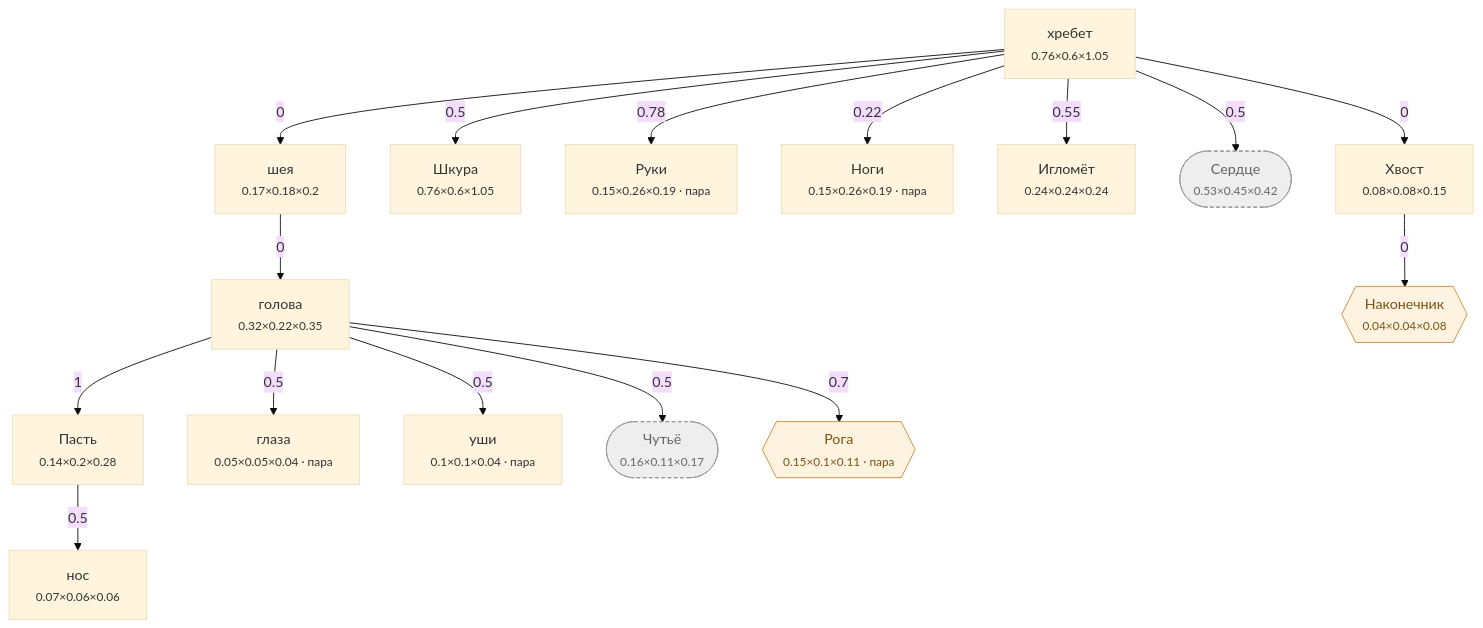
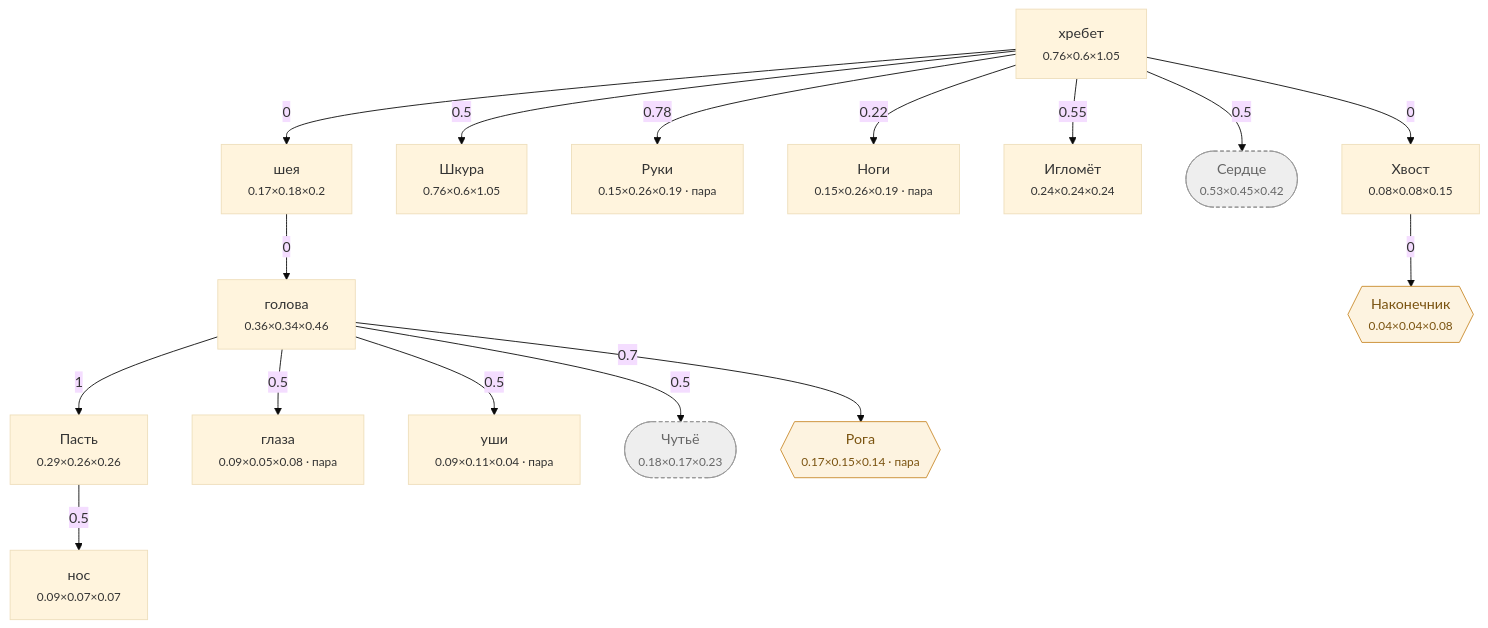
Before and after one commit to darklordshish/ChimeraEvolution-2026-06-26_15-29-59: the diagram in Docs/Диаграммы/Ёж.md, drawn with Mermaid (base theme). The commit also changed other lines of this file and 4 other files, not shown here.

````diff
--- a/Docs/Диаграммы/Ёж.md
+++ b/Docs/Диаграммы/Ёж.md
@@ -41,41 +43,41 @@
 ```mermaid
 flowchart TD
     n0["хребет<br/><small>0.76×0.6×1.05</small>"]
     n1["шея<br/><small>0.17×0.18×0.2</small>"]
-    n2["голова<br/><small>0.32×0.22×0.35</small>"]
-    n3["нос<br/><small>0.07×0.06×0.06</small>"]
-    n4["Пасть<br/><small>0.14×0.2×0.28</small>"]
-    n5["глаза<br/><small>0.05×0.05×0.04 · пара</small>"]
-    n6["уши<br/><small>0.1×0.1×0.04 · пара</small>"]
+    n2["голова<br/><small>0.36×0.34×0.46</small>"]
+    n3["нос<br/><small>0.09×0.07×0.07</small>"]
+    n4["Пасть<br/><small>0.29×0.26×0.26</small>"]
+    n5["глаза<br/><small>0.09×0.05×0.08 · пара</small>"]
+    n6["уши<br/><small>0.09×0.11×0.04 · пара</small>"]
     n7["Шкура<br/><small>0.76×0.6×1.05</small>"]
     n8["Руки<br/><small>0.15×0.26×0.19 · пара</small>"]
     n9["Ноги<br/><small>0.15×0.26×0.19 · пара</small>"]
     n10["Игломёт<br/><small>0.24×0.24×0.24</small>"]
     n11(["Сердце<br/><small>0.53×0.45×0.42</small>"])
-    n12(["Чутьё<br/><small>0.16×0.11×0.17</small>"])
+    n12(["Чутьё<br/><small>0.18×0.17×0.23</small>"])
     n13["Хвост<br/><small>0.08×0.08×0.15</small>"]
     n14{{"Наконечник<br/><small>0.04×0.04×0.08</small>"}}
-    n15{{"Рога<br/><small>0.15×0.1×0.11 · пара</small>"}}
+    n15{{"Рога<br/><small>0.17×0.15×0.14 · пара</small>"}}
 
     n0 -->|0| n1
     n1 -->|0| n2
     n4 -->|0.5| n3
     n2 -->|1| n4
     n2 -->|0.5| n5
     n2 -->|0.5| n6
     n0 -->|0.5| n7
     n0 -->|0.78| n8
     n0 -->|0.22| n9
     n0 -->|0.55| n10
     n0 -->|0.5| n11
     n2 -->|0.5| n12
     n0 -->|0| n13
     n13 -->|0| n14
     n2 -->|0.7| n15
 
     classDef hid fill:#eee,stroke:#999,stroke-dasharray:4 3,color:#666
     classDef gr fill:#fdf3e0,stroke:#c98a2b,color:#7a5310
     classDef ch fill:#e8f2ff,stroke:#3b74c4,color:#1c3f70
     class n11,n12 hid
     class n14,n15 gr
 ```
````
